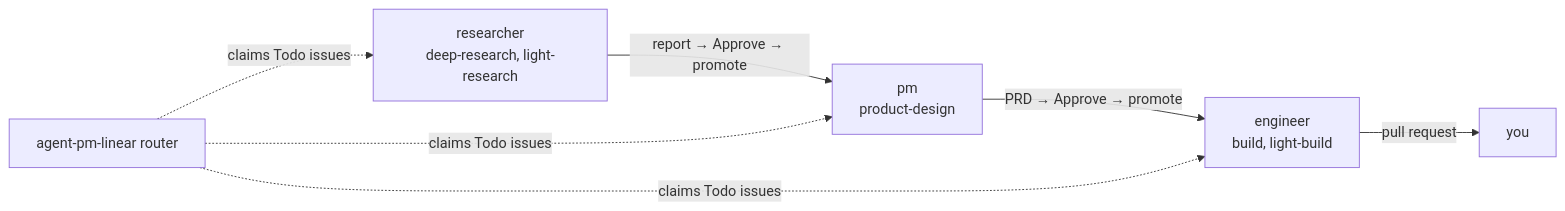
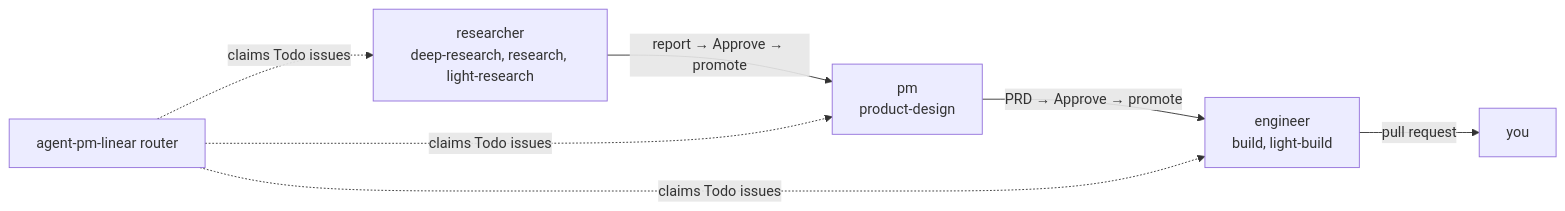
One commit to ophis/agent-pm changed the first of 4 diagrams in README.md. Above: the diagram before and after it, drawn with Mermaid. The commit also changed other lines of this file and 19 other files, not shown here.

First line of the commit message:
researcher: light-research → research (the default); new one-pass light-research (#274)

````diff
--- a/README.md
+++ b/README.md
@@ -14,6 +14,6 @@
 ```mermaid
 flowchart LR
-    R["researcher<br>deep-research, light-research"] -->|"report → Approve → promote"| P["pm<br>product-design"]
+    R["researcher<br>deep-research, research, light-research"] -->|"report → Approve → promote"| P["pm<br>product-design"]
     P -->|"PRD → Approve → promote"| E["engineer<br>build, light-build"] -->|pull request| Y[you]
     T[agent-pm-linear router] -.->|claims Todo issues| R & P & E
 ```
````
